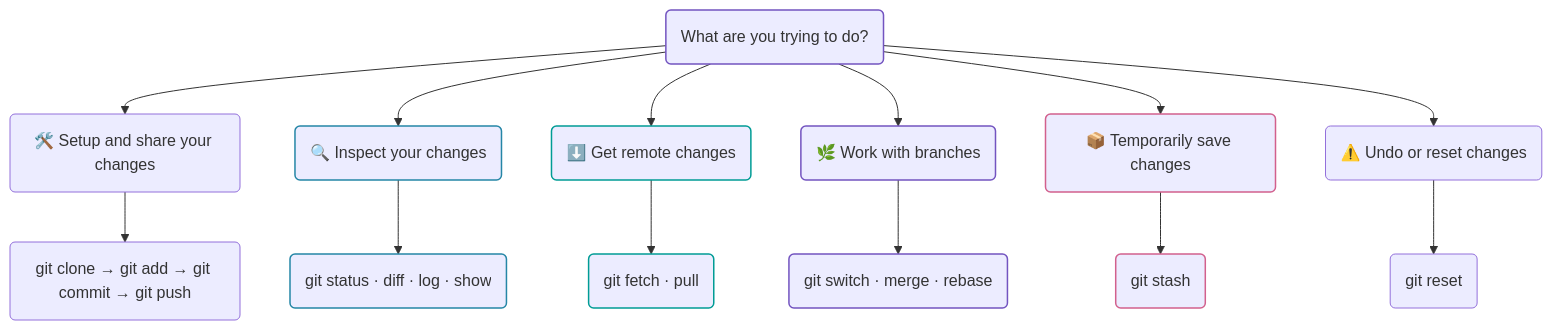
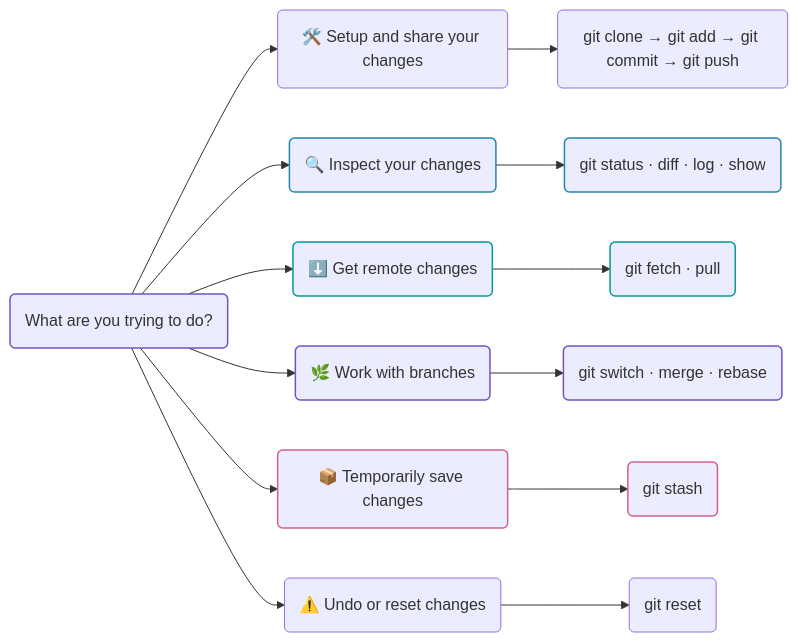
Before and after one commit to ACCESS-NRI/ACCESS-Hive-Docs: the diagram in docs/getting_started/essential_git.md, drawn with Mermaid.

Commit message:
Flipped the mermaid flowchart

````diff
--- a/docs/getting_started/essential_git.md
+++ b/docs/getting_started/essential_git.md
@@ -24,30 +24,30 @@
 ```mermaid
-flowchart TD
+flowchart LR
     A("What are you trying to do?")
 
     A --> B("🛠️ Setup and share your changes")
     A --> C("🔍 Inspect your changes")
     A --> D("⬇️ Get remote changes")
     A --> E("🌿 Work with branches")
     A --> F("📦 Temporarily save changes")
     A --> G("⚠️ Undo or reset changes")
 
     B --> B1("git clone → git add → git commit → git push")
     C --> C1("git status · diff · log · show")
     D --> D1("git fetch · pull")
     E --> E1("git switch · merge · rebase")
     F --> F1("git stash")
     G --> G1("git reset")
 
     classDef primary stroke:#7354C0,stroke-width:1.5px
     classDef inspect stroke:#2586A6,stroke-width:1.5px
     classDef update stroke:#009C95,stroke-width:1.5px
     classDef branch stroke:#7354C0,stroke-width:1.5px
     classDef stash stroke:#D2608D,stroke-width:1.5px
 
     class A primary
     class C,C1 inspect
     class D,D1 update
     class E,E1 branch
     class F,F1 stash
 ```
````
